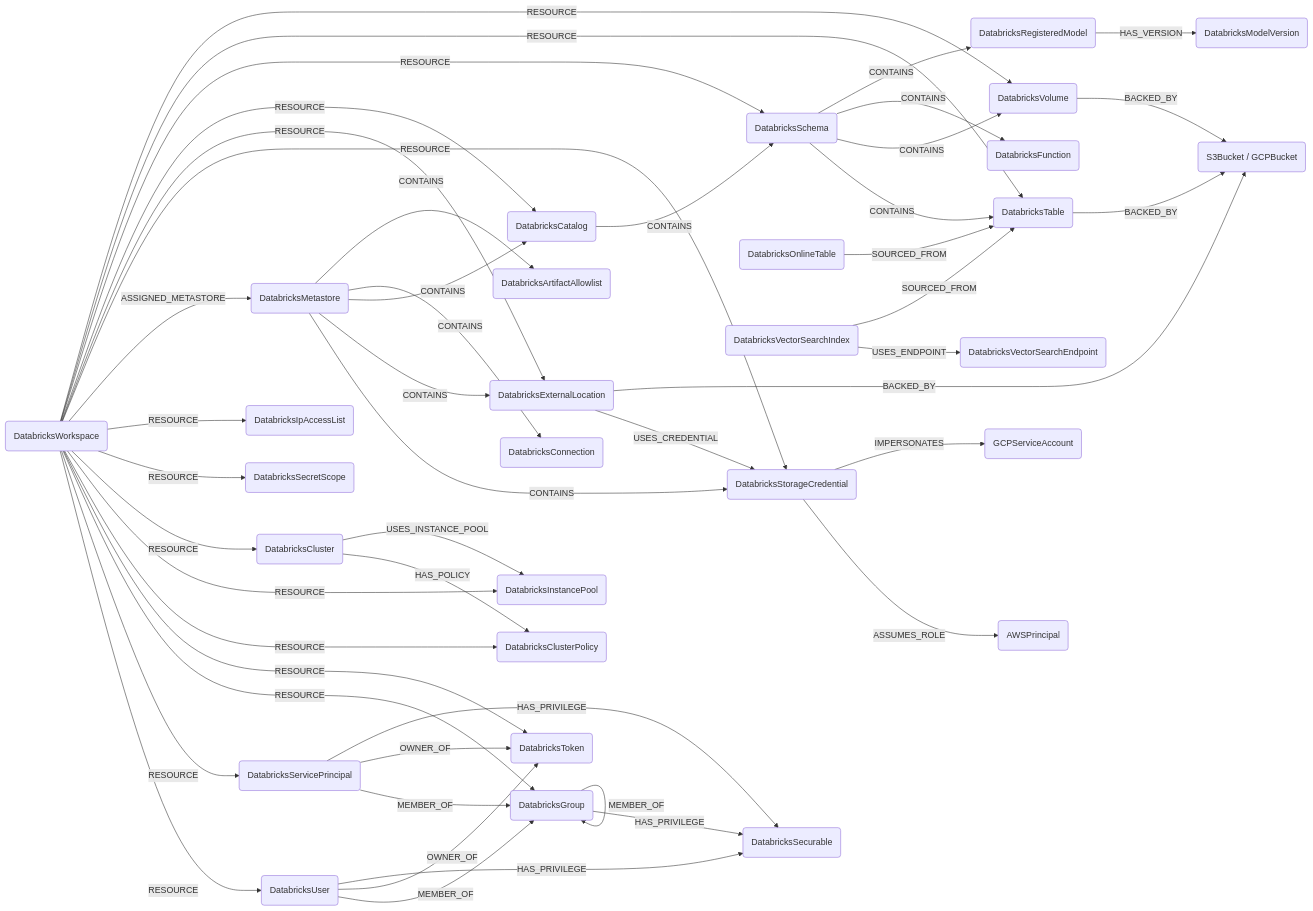
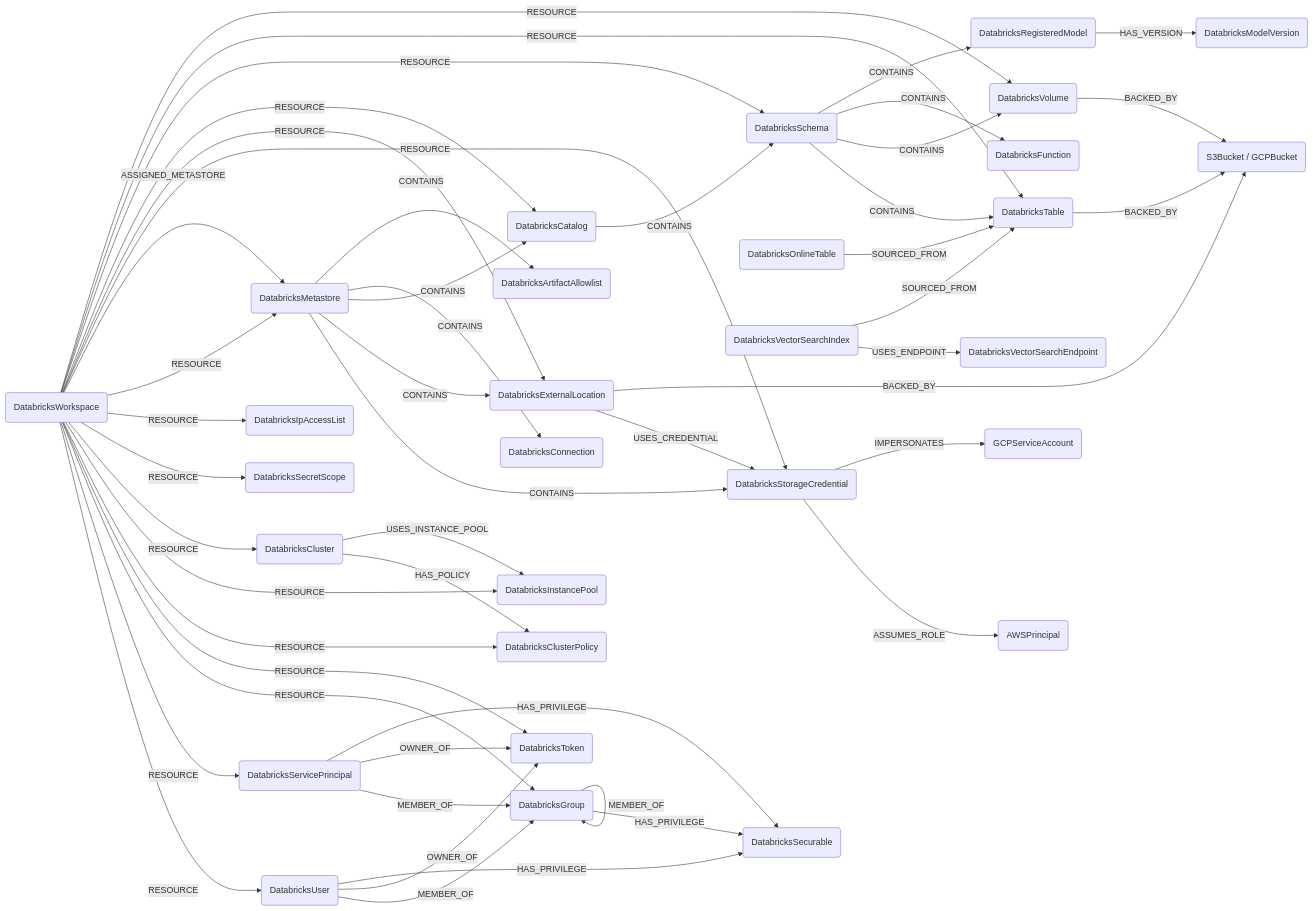
The diagram in docs/root/modules/databricks/schema.md (cartography-cncf/cartography), drawn with Mermaid before and after one commit. The commit also changed other lines of this file and 2 other files, not shown here.

Commit message:
fix(databricks): satisfy model convention + black for CI
- The metastore sub_resource_relationship must use rel_label RESOURCE per the
  root-node convention (test_sub_resource_relationship); split the workspace
  edge into RESOURCE (sub-resource / cleanup scope) plus a separate
  ASSIGNED_METASTORE edge carrying the default catalog.
- Reformat test_util.py to match the repo's pinned black.

````diff
--- a/docs/root/modules/databricks/schema.md
+++ b/docs/root/modules/databricks/schema.md
@@ -3,49 +3,50 @@
 ```mermaid
 graph LR
 W(DatabricksWorkspace) -- RESOURCE --> U(DatabricksUser)
 W -- RESOURCE --> S(DatabricksServicePrincipal)
 W -- RESOURCE --> G(DatabricksGroup)
 W -- RESOURCE --> T(DatabricksToken)
 W -- RESOURCE --> CP(DatabricksClusterPolicy)
 W -- RESOURCE --> IP(DatabricksInstancePool)
 W -- RESOURCE --> C(DatabricksCluster)
 W -- RESOURCE --> SS(DatabricksSecretScope)
 W -- RESOURCE --> IPL(DatabricksIpAccessList)
 U -- MEMBER_OF --> G
 S -- MEMBER_OF --> G
 G -- MEMBER_OF --> G
 U -- OWNER_OF --> T
 S -- OWNER_OF --> T
 C -- HAS_POLICY --> CP
 C -- USES_INSTANCE_POOL --> IP
-W -- ASSIGNED_METASTORE --> M(DatabricksMetastore)
+W -- RESOURCE --> M(DatabricksMetastore)
+W -- ASSIGNED_METASTORE --> M
 W -- RESOURCE --> SC(DatabricksStorageCredential)
 W -- RESOURCE --> EL(DatabricksExternalLocation)
 W -- RESOURCE --> CAT(DatabricksCatalog)
 W -- RESOURCE --> SCH(DatabricksSchema)
 W -- RESOURCE --> TB(DatabricksTable)
 W -- RESOURCE --> VOL(DatabricksVolume)
 M -- CONTAINS --> SC
 M -- CONTAINS --> EL
 M -- CONTAINS --> CAT
 M -- CONTAINS --> CONN(DatabricksConnection)
 M -- CONTAINS --> AAL(DatabricksArtifactAllowlist)
 CAT -- CONTAINS --> SCH
 SCH -- CONTAINS --> TB
 SCH -- CONTAINS --> VOL
 SCH -- CONTAINS --> FN(DatabricksFunction)
 SCH -- CONTAINS --> RM(DatabricksRegisteredModel)
 RM -- HAS_VERSION --> MV(DatabricksModelVersion)
 SC -- ASSUMES_ROLE --> AWS(AWSPrincipal)
 SC -- IMPERSONATES --> GSA(GCPServiceAccount)
 EL -- USES_CREDENTIAL --> SC
 EL -- BACKED_BY --> BKT(S3Bucket / GCPBucket)
 TB -- BACKED_BY --> BKT
 VOL -- BACKED_BY --> BKT
 U -- HAS_PRIVILEGE --> DS(DatabricksSecurable)
 G -- HAS_PRIVILEGE --> DS
 S -- HAS_PRIVILEGE --> DS
 OT(DatabricksOnlineTable) -- SOURCED_FROM --> TB
 VSI(DatabricksVectorSearchIndex) -- USES_ENDPOINT --> VSE(DatabricksVectorSearchEndpoint)
 VSI -- SOURCED_FROM --> TB
 ```
````
